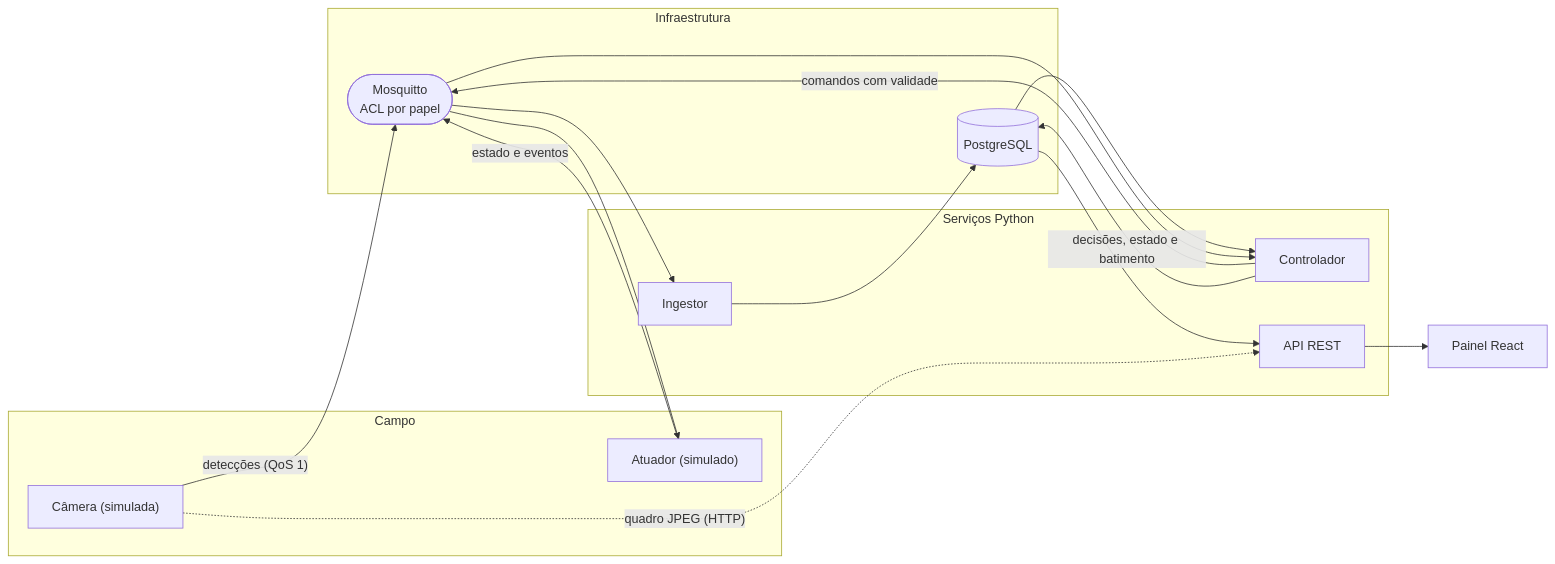
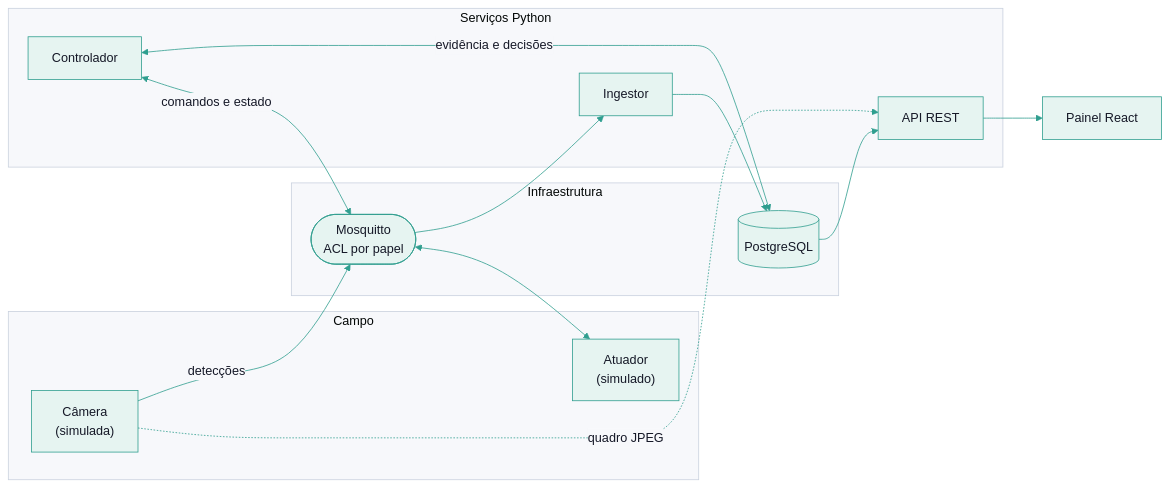
Before and after one commit to ADSLustosa/pigeondome: the diagram in README.md, drawn with Mermaid. The commit also changed 8 other files, not shown here.

First line of the commit message:
docs: corrige acentos, README do painel, licenca nos pacotes e diagrama

````diff
--- a/README.md
+++ b/README.md
@@ -57,26 +57,26 @@
 ```mermaid
+%%{init: {"theme":"base","themeVariables":{"primaryColor":"#E6F4F1","primaryBorderColor":"#2F9E8F","primaryTextColor":"#151827","textColor":"#151827","lineColor":"#2F9E8F","clusterBkg":"#F7F8FB","clusterBorder":"#C9D1DE","edgeLabelBackground":"#F7F8FB"}}}%%
 flowchart LR
   subgraph Campo["Campo"]
-    CAM["Câmera (simulada)"]
-    ACT["Atuador (simulado)"]
+    CAM["Câmera<br/>(simulada)"]
+    ACT["Atuador<br/>(simulado)"]
   end
   subgraph Infra["Infraestrutura"]
     MQ(["Mosquitto<br/>ACL por papel"])
     DB[("PostgreSQL")]
   end
   subgraph Servicos["Serviços Python"]
     ING["Ingestor"]
     CTL["Controlador"]
     API["API REST"]
   end
   UI["Painel React"]
 
-  CAM -- "detecções (QoS 1)" --> MQ
+  CAM -- "detecções" --> MQ
   MQ --> ING --> DB
-  DB --> CTL
-  CTL -- "comandos com validade" --> MQ --> ACT
-  ACT -- "estado e eventos" --> MQ --> CTL
-  CTL -- "decisões, estado e batimento" --> DB
+  CTL <-- "evidência e decisões" --> DB
+  CTL <-- "comandos e estado" --> MQ
+  MQ <--> ACT
   DB --> API --> UI
-  CAM -. "quadro JPEG (HTTP)" .-> API
+  CAM -. "quadro JPEG" .-> API
 ```
````
